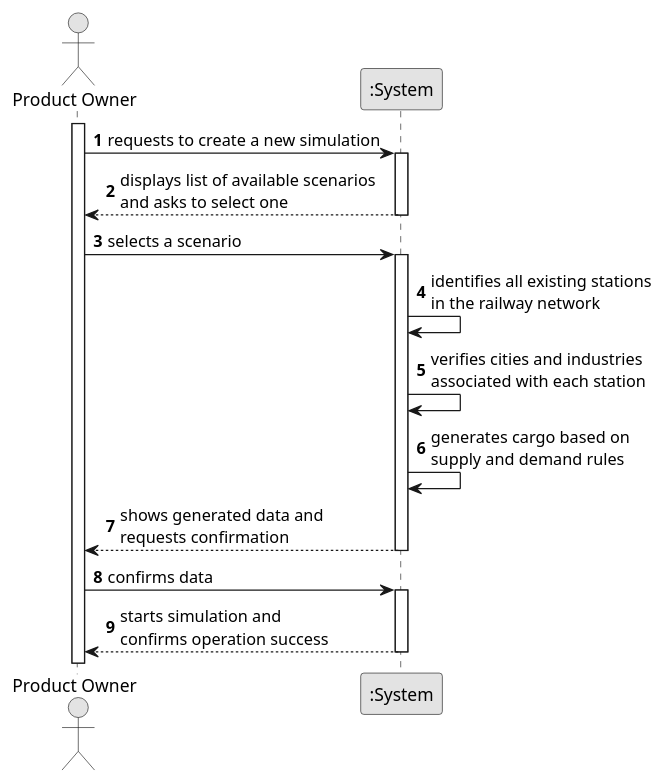
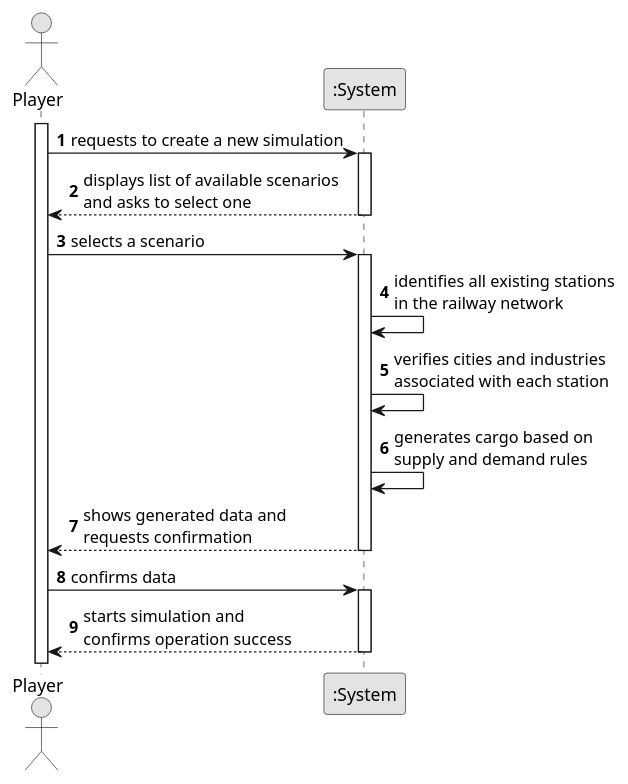
The diagram in docs/system-documentation/sprint 1/US12/01.requirements-engineering/puml/US012-SSD.puml (Educ00/mdisc-2425), drawn with PlantUML before and after one commit.

Commit message:
minor change

```diff
--- a/docs/system-documentation/sprint 1/US12/01.requirements-engineering/puml/US012-SSD.puml
+++ b/docs/system-documentation/sprint 1/US12/01.requirements-engineering/puml/US012-SSD.puml
@@ -1,34 +1,34 @@
 @startuml
 skinparam monochrome true
 skinparam packageStyle rectangle
 skinparam shadowing false
 
 autonumber
 
-actor "Product Owner" as Employee
+actor "Player" as Employee
 participant ":System" as System
 
 activate Employee
 
     Employee -> System : requests to create a new simulation
     activate System
 
         System --> Employee : displays list of available scenarios\nand asks to select one
     deactivate System
 
     Employee -> System : selects a scenario
     activate System
 
         System -> System : identifies all existing stations\nin the railway network
         System -> System : verifies cities and industries\nassociated with each station
         System -> System : generates cargo based on\nsupply and demand rules
         System --> Employee : shows generated data and\nrequests confirmation
     deactivate System
 
     Employee -> System : confirms data
     activate System
 
         System --> Employee : starts simulation and\nconfirms operation success
     deactivate System
 
 @enduml
```
